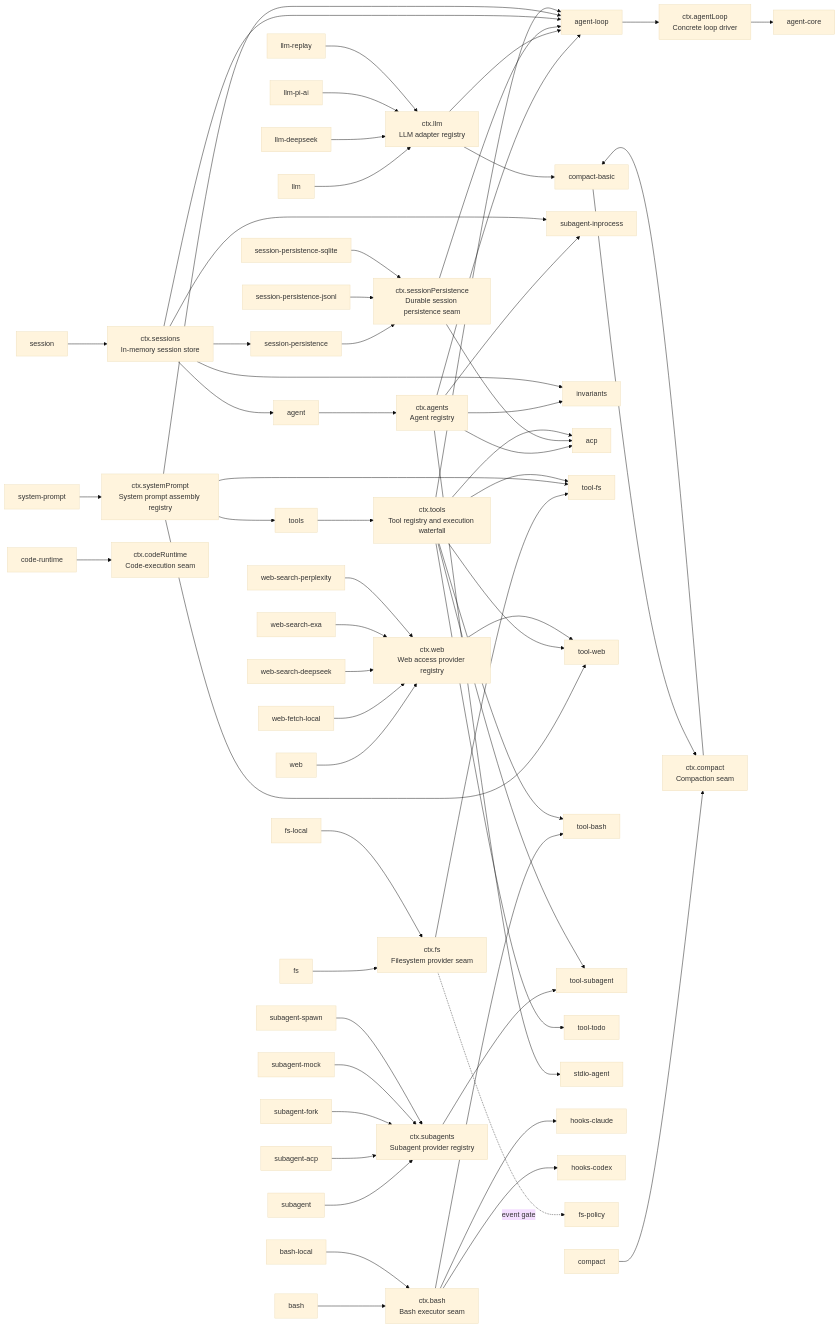
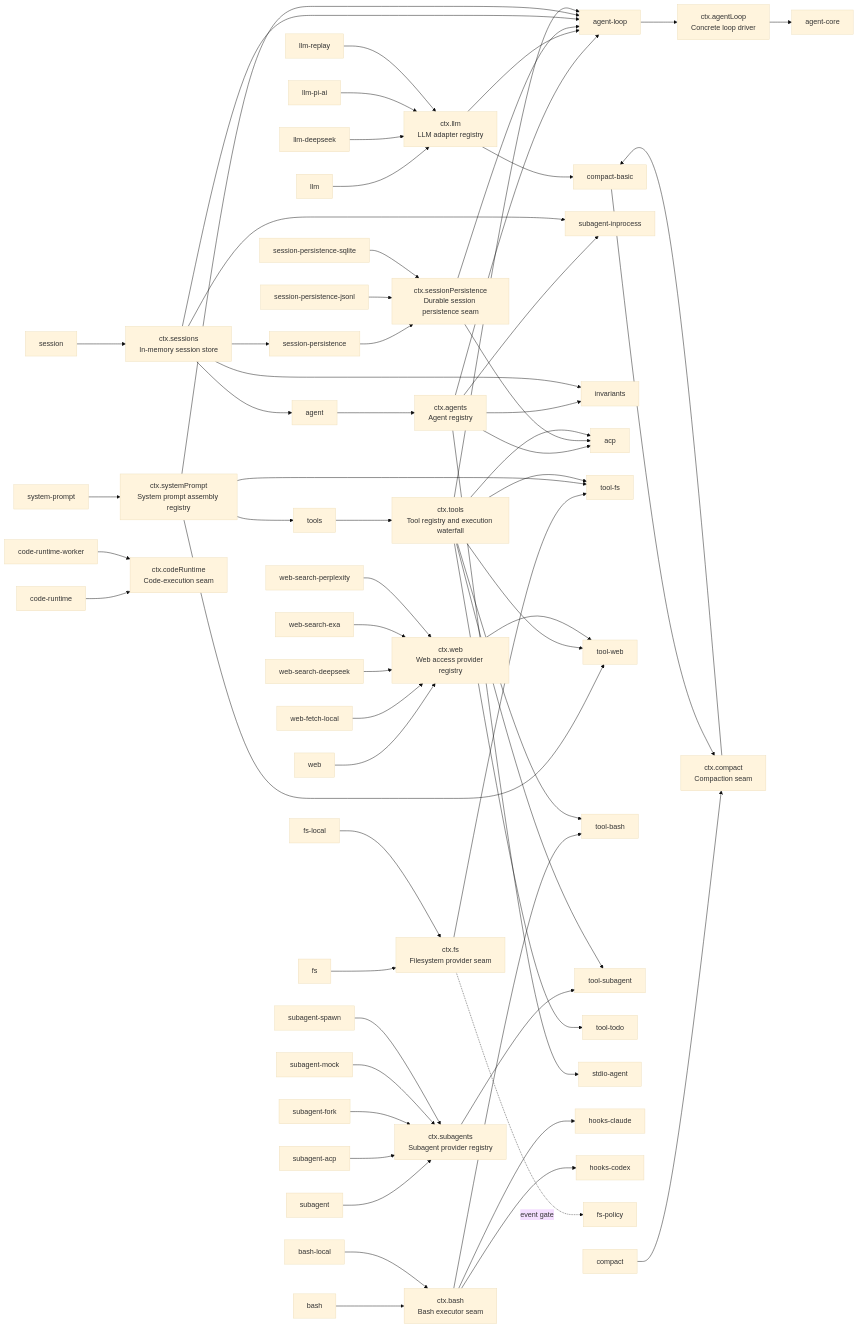
One commit to eru123/coco-harness changed the diagram in docs/capability-seams.md. Above: the diagram before and after it, drawn with Mermaid (base theme). The commit also changed other lines of this file and 25 other files, not shown here.

First line of the commit message:
Merge pull request #208 from deepseek-harness/code-runtime-worker

```diff
--- a/docs/capability-seams.md
+++ b/docs/capability-seams.md
@@ -44,6 +44,7 @@
   pkg_hooks_codex["hooks-codex"]
   pkg_code_runtime["code-runtime"]
   svc_codeRuntime["ctx.codeRuntime<br/>Code-execution seam"]
+  pkg_code_runtime_worker["code-runtime-worker"]
   pkg_fs["fs"]
   svc_fs["ctx.fs<br/>Filesystem provider seam"]
   pkg_fs_local["fs-local"]
@@ -67,6 +68,7 @@
   pkg_bash --> svc_bash
   pkg_bash_local --> svc_bash
   pkg_code_runtime --> svc_codeRuntime
+  pkg_code_runtime_worker --> svc_codeRuntime
   pkg_compact --> svc_compact
   pkg_compact_basic --> svc_compact
   pkg_fs --> svc_fs
```
